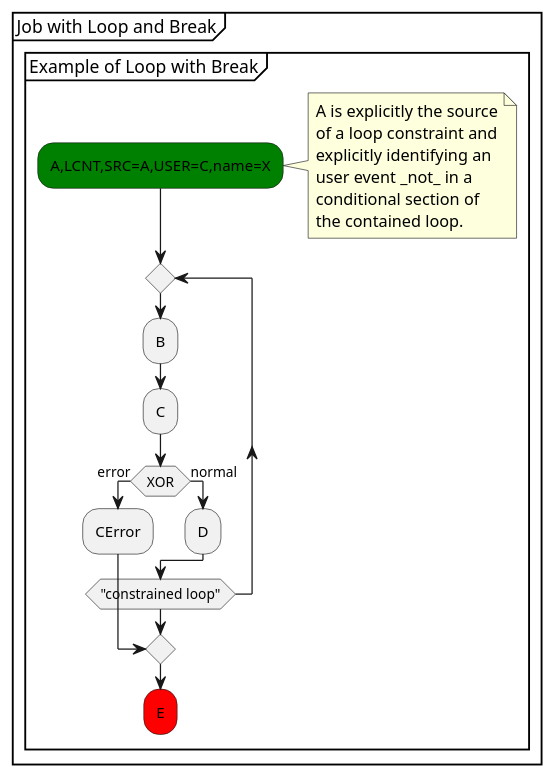
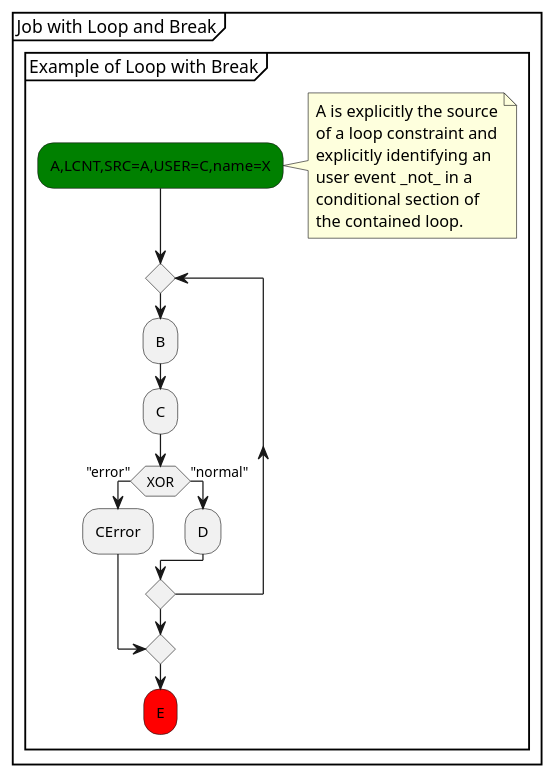
One commit to xtuml/munin changed the diagram in models/SequenceVerificationDataCentric/puml/Tutorial_18.puml. Above: the diagram before and after it, drawn with PlantUML. The commit also changed 21 other files, not shown here.

```diff
--- a/models/SequenceVerificationDataCentric/puml/Tutorial_18.puml
+++ b/models/SequenceVerificationDataCentric/puml/Tutorial_18.puml
@@ -1,26 +1,26 @@
 @startuml
 partition "Job with Loop and Break" {
   group "Example of Loop with Break"
     #green:A,LCNT,SRC=A,USER=C,name=X;
     note right
       A is explicitly the source
       of a loop constraint and
       explicitly identifying an
       user event _not_ in a
       conditional section of
       the contained loop.
     end note
     repeat
       :B;
       :C;
-      if (XOR) then (error)
+      if (XOR) then ("error")
         :CError;
         break
-      else (normal)
+      else ("normal")
         :D;
       endif
-    repeat while ("constrained loop")
+    repeat while
     #red:E;
   end group
 }
 @enduml
```
